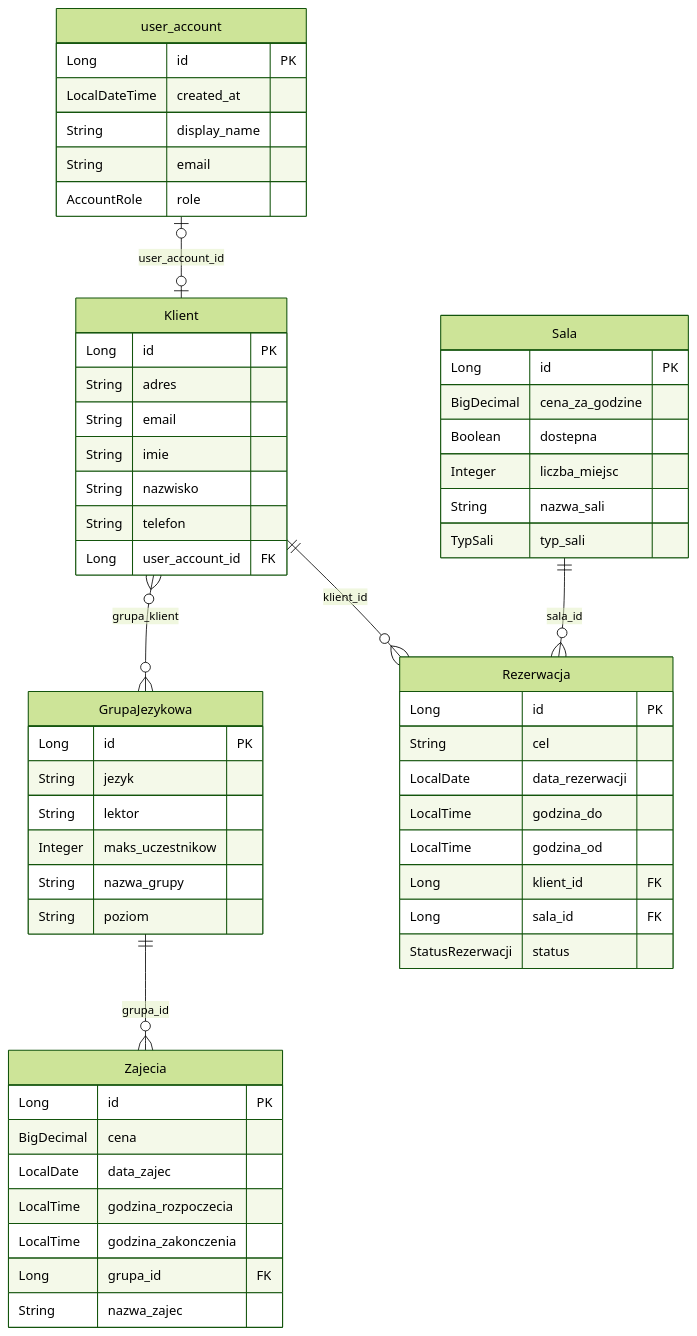
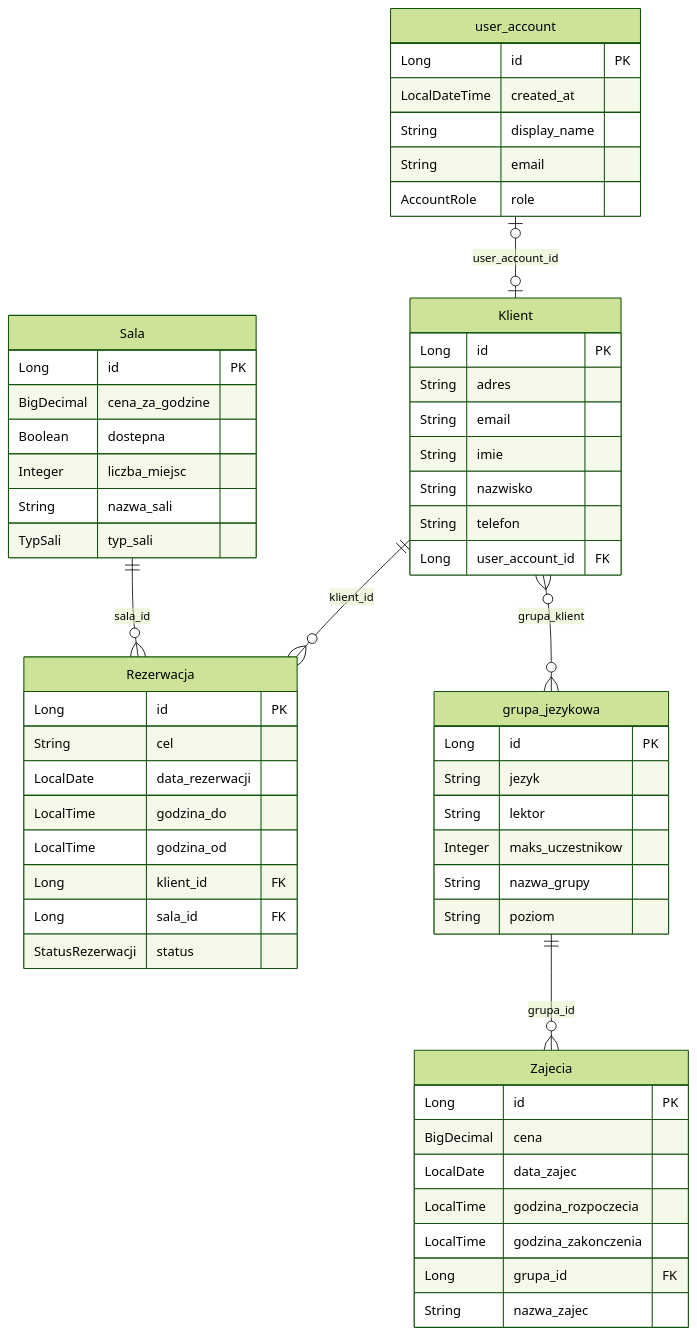
The diagram in SCHEMAT.md (Mr-TwisT/WdTB-2026-Backend--ReSalW--), drawn with Mermaid (forest theme) before and after one commit. The commit also changed other lines of this file, not shown here.

````diff
--- a/SCHEMAT.md
+++ b/SCHEMAT.md
@@ -16,59 +16,59 @@
 ```mermaid
 erDiagram
-    GrupaJezykowa {
-        Long id PK
-        String jezyk
-        String lektor
-        Integer maks_uczestnikow
-        String nazwa_grupy
-        String poziom
-    }
     Klient {
         Long id PK
         String adres
         String email
         String imie
         String nazwisko
         String telefon
         Long user_account_id FK
     }
     Rezerwacja {
         Long id PK
         String cel
         LocalDate data_rezerwacji
         LocalTime godzina_do
         LocalTime godzina_od
         Long klient_id FK
         Long sala_id FK
         StatusRezerwacji status
     }
     Sala {
         Long id PK
         BigDecimal cena_za_godzine
         Boolean dostepna
         Integer liczba_miejsc
         String nazwa_sali
         TypSali typ_sali
     }
     Zajecia {
         Long id PK
         BigDecimal cena
         LocalDate data_zajec
         LocalTime godzina_rozpoczecia
         LocalTime godzina_zakonczenia
         Long grupa_id FK
         String nazwa_zajec
     }
+    grupa_jezykowa {
+        Long id PK
+        String jezyk
+        String lektor
+        Integer maks_uczestnikow
+        String nazwa_grupy
+        String poziom
+    }
     user_account {
         Long id PK
         LocalDateTime created_at
         String display_name
         String email
         AccountRole role
     }
-    GrupaJezykowa ||--o{ Zajecia : "grupa_id"
     Klient ||--o{ Rezerwacja : "klient_id"
-    Klient }o--o{ GrupaJezykowa : "grupa_klient"
+    Klient }o--o{ grupa_jezykowa : "grupa_klient"
     Sala ||--o{ Rezerwacja : "sala_id"
+    grupa_jezykowa ||--o{ Zajecia : "grupa_id"
     user_account |o--o| Klient : "user_account_id"
 ```
````
